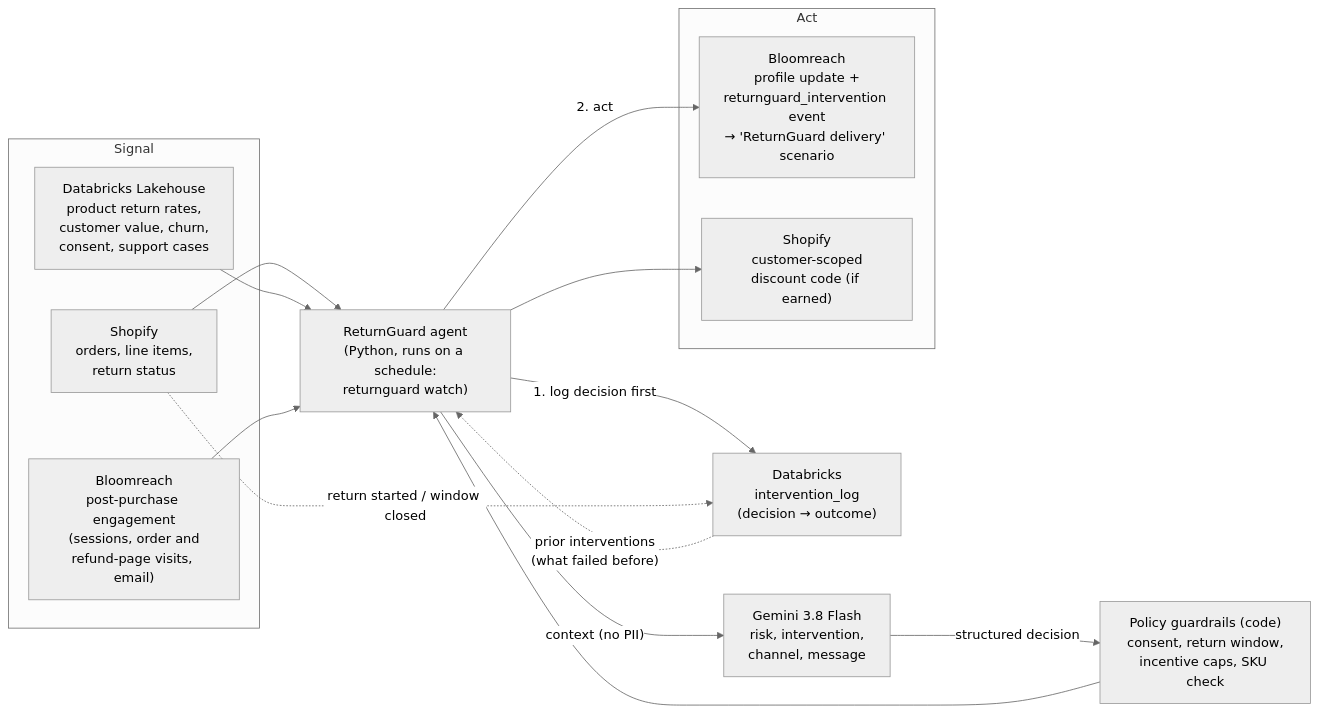
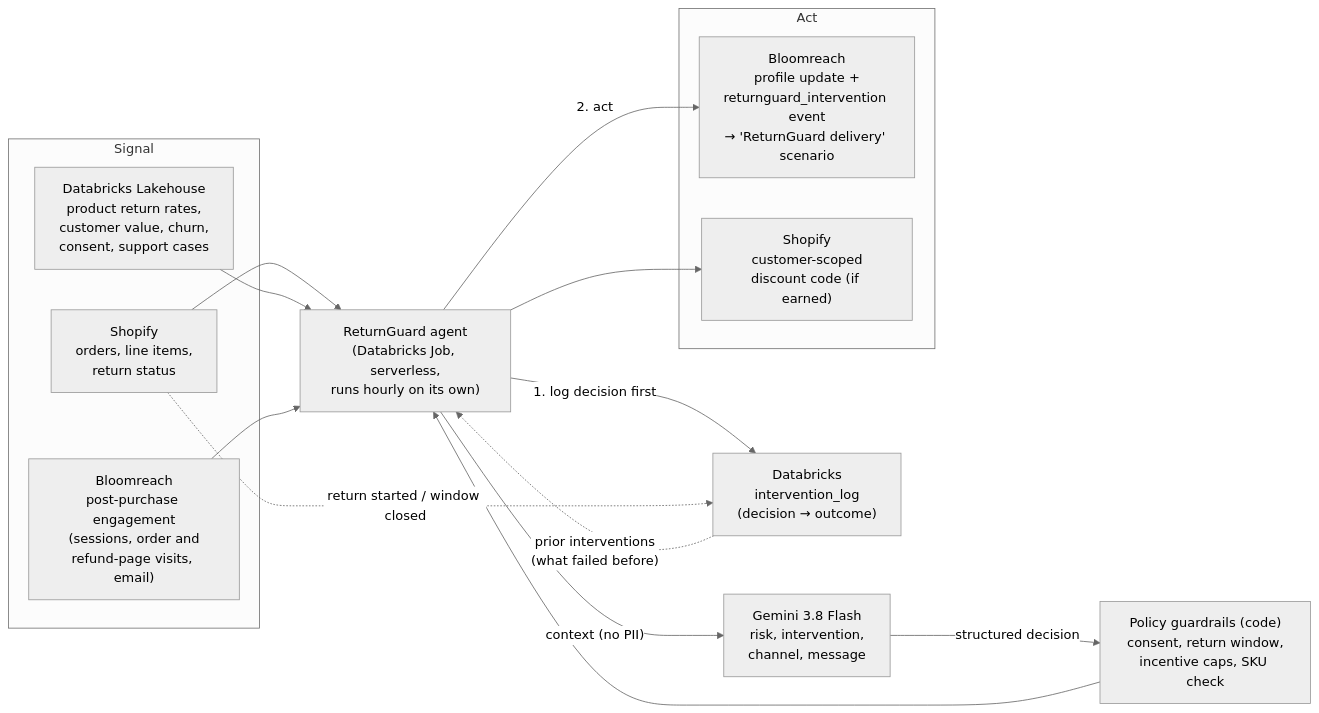
Before and after one commit to parupati/returnguard: the diagram in README.md, drawn with Mermaid (neutral theme). The commit also changed other lines of this file and 8 other files, not shown here.

````diff
--- a/README.md
+++ b/README.md
@@ -15,31 +15,31 @@
 ```mermaid
 flowchart LR
     subgraph Signal
         SH["Shopify<br/>orders, line items,<br/>return status"]
         DB["Databricks Lakehouse<br/>product return rates,<br/>customer value, churn,<br/>consent, support cases"]
         BR1["Bloomreach<br/>post-purchase engagement<br/>(sessions, order and<br/>refund-page visits, email)"]
     end
 
-    AG["ReturnGuard agent<br/>(Python, runs on a schedule:<br/>returnguard watch)"]
+    AG["ReturnGuard agent<br/>(Databricks Job, serverless,<br/>runs hourly on its own)"]
     GE["Gemini 3.8 Flash<br/>risk, intervention,<br/>channel, message"]
     PO["Policy guardrails (code)<br/>consent, return window,<br/>incentive caps, SKU check"]
 
     subgraph Act
         BR2["Bloomreach<br/>profile update +<br/>returnguard_intervention event<br/>→ 'ReturnGuard delivery' scenario"]
         SH2["Shopify<br/>customer-scoped<br/>discount code (if earned)"]
     end
 
     LOG["Databricks<br/>intervention_log<br/>(decision → outcome)"]
 
     SH --> AG
     DB --> AG
     BR1 --> AG
     AG -->|"context (no PII)"| GE
     GE -->|"structured decision"| PO
     PO --> AG
     AG -->|"1. log decision first"| LOG
     AG -->|"2. act"| BR2
     AG --> SH2
     SH -.->|"return started / window closed"| LOG
     LOG -.->|"prior interventions<br/>(what failed before)"| AG
 ```
````
